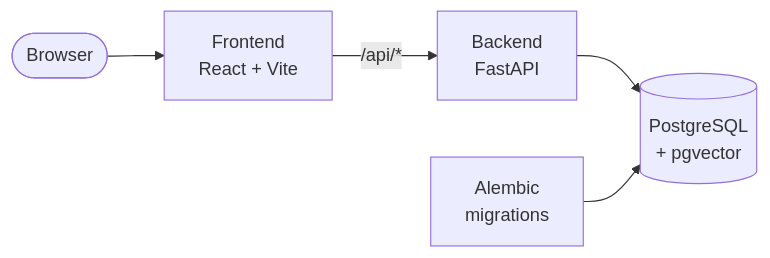
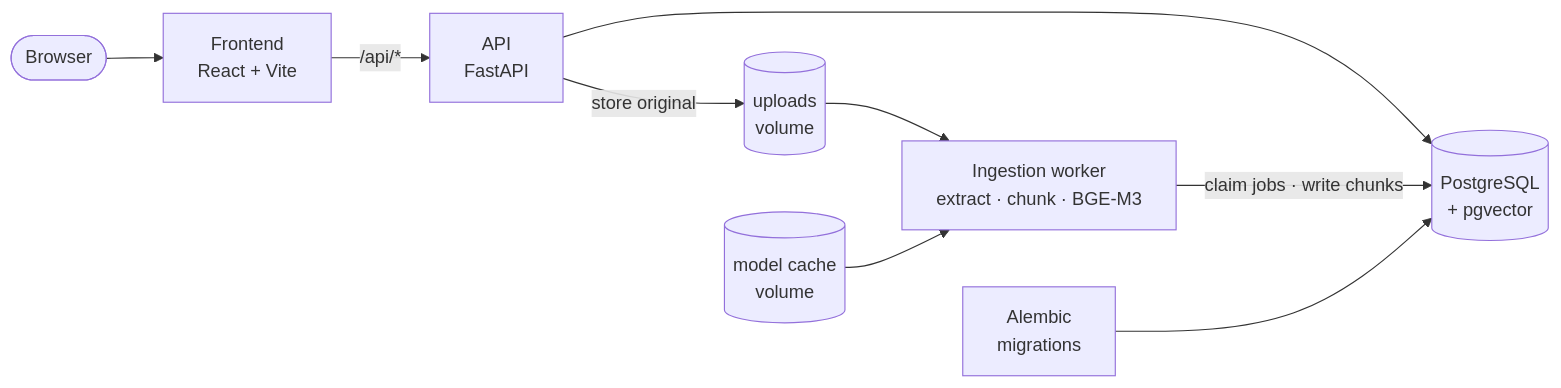
The diagram in README.md (Yash01Negi/docs-rag-platform), drawn with Mermaid before and after one commit. The commit also changed other lines of this file and 6 other files, not shown here.

````diff
--- a/README.md
+++ b/README.md
@@ -48,7 +64,11 @@
 ```mermaid
 flowchart LR
     browser([Browser]) --> fe["Frontend<br/>React + Vite"]
-    fe -- "/api/*" --> be["Backend<br/>FastAPI"]
+    fe -- "/api/*" --> be["API<br/>FastAPI"]
     be --> db[("PostgreSQL<br/>+ pgvector")]
+    be -- "store original" --> files[("uploads<br/>volume")]
+    worker["Ingestion worker<br/>extract · chunk · BGE-M3"] -- "claim jobs · write chunks" --> db
+    files --> worker
+    cache[("model cache<br/>volume")] --> worker
     mig["Alembic<br/>migrations"] --> db
 ```
````
